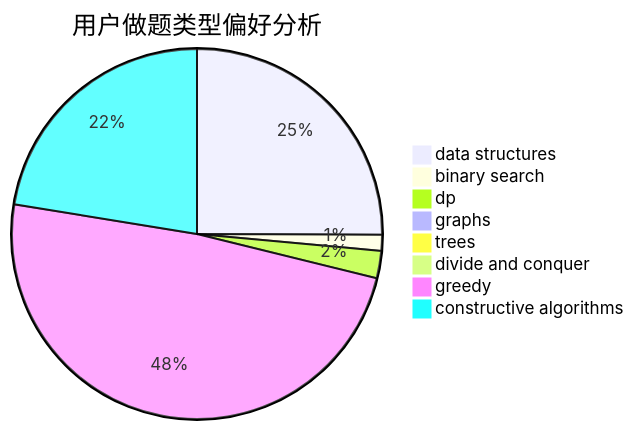
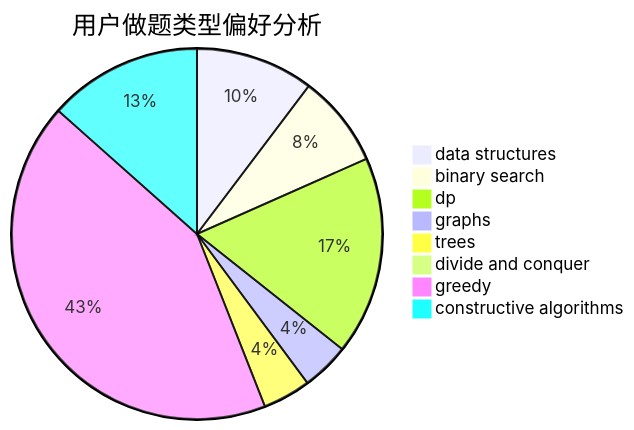
One commit to sherpahu/cfrs.github.io changed the second of 3 diagrams in docs/user/u1343.md. Above: the diagram before and after it, drawn with Mermaid. The commit also changed other lines of this file and 2770 other files, not shown here.

````diff
--- a/docs/user/u1343.md
+++ b/docs/user/u1343.md
@@ -23,11 +23,11 @@
 ```mermaid
 pie title 用户做题类型偏好分析
-    "data structures" :  430
-    "binary search" :  24
-    "dp" :  41
-    "graphs" :  7
-    "trees" :  3
+    "data structures" :  69
+    "binary search" :  54
+    "dp" :  116
+    "graphs" :  28
+    "trees" :  28
     "divide and conquer" :  0
-    "greedy" :  836
-    "constructive algorithms" :  385
+    "greedy" :  285
+    "constructive algorithms" :  90
 ```
````
